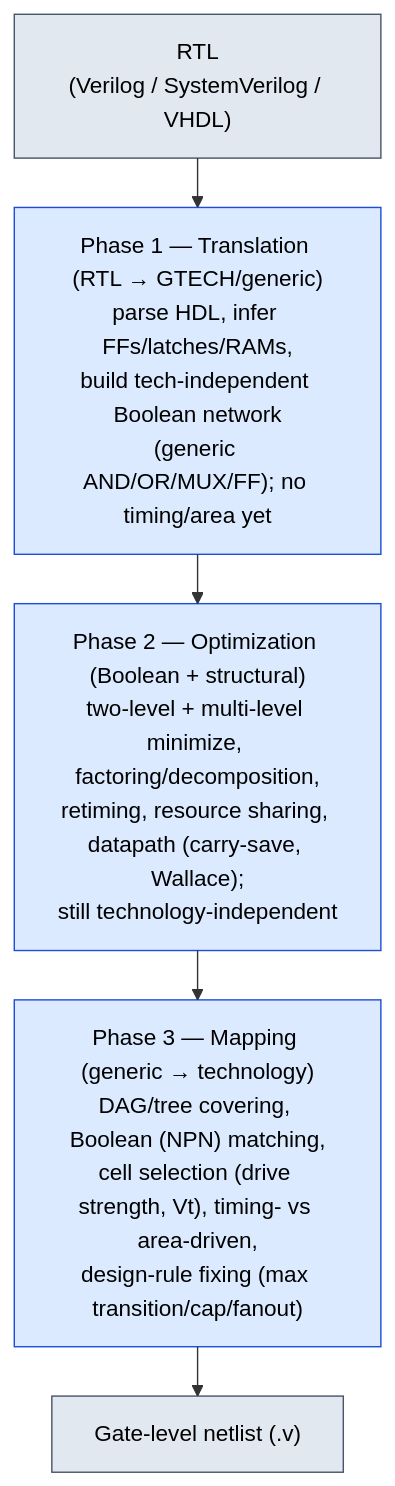
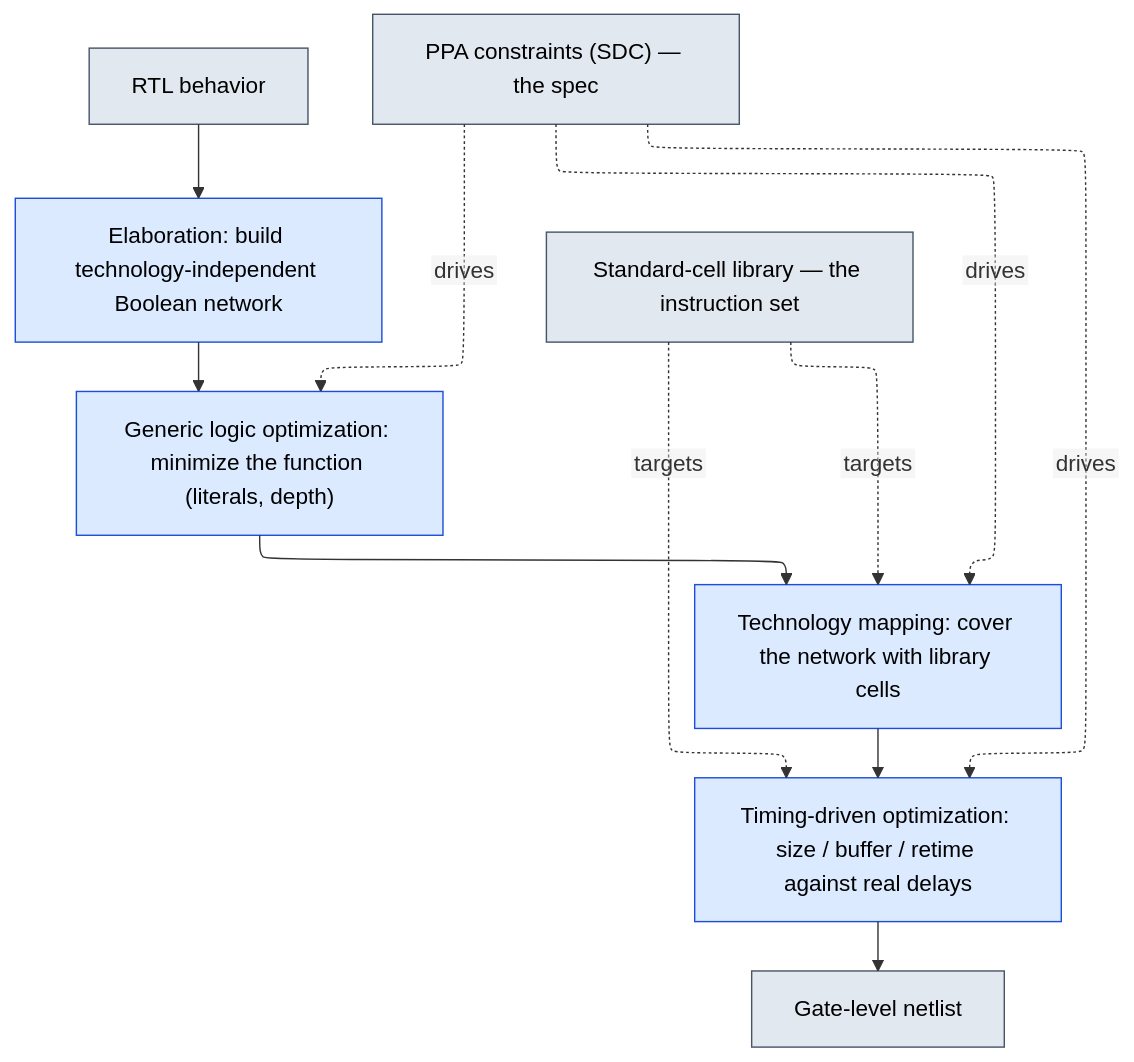
The diagram in 04_Synthesis/01_Synthesis_and_Optimization.md (Wty2003328/silicon-design-notebook), drawn with Mermaid before and after one commit. The commit also changed other lines of this file and 22 other files, not shown here.

Commit message:
Concept-first hard rework complete: all 48 architecture/design pages (trimmed signal dumps; added trade-off analysis + theoretical depth)

````diff
--- a/04_Synthesis/01_Synthesis_and_Optimization.md
+++ b/04_Synthesis/01_Synthesis_and_Optimization.md
@@ -25,13 +39,18 @@
 ```mermaid
-%%{init: {"flowchart": {"defaultRenderer": "elk", "nodeSpacing": 60, "rankSpacing": 60, "htmlLabels": false}}}%%
+%%{init: {"flowchart": {"defaultRenderer": "elk", "nodeSpacing": 55, "rankSpacing": 55, "htmlLabels": false}}}%%
 flowchart TD
-    RTL["RTL<br/>(Verilog / SystemVerilog / VHDL)"] --> P1
-    P1["Phase 1 — Translation (RTL → GTECH/generic)<br/>parse HDL, infer FFs/latches/RAMs,<br/>build tech-independent Boolean network<br/>(generic AND/OR/MUX/FF); no timing/area yet"]
-    P1 --> P2["Phase 2 — Optimization (Boolean + structural)<br/>two-level + multi-level minimize, factoring/decomposition,<br/>retiming, resource sharing, datapath (carry-save, Wallace);<br/>still technology-independent"]
-    P2 --> P3["Phase 3 — Mapping (generic → technology)<br/>DAG/tree covering, Boolean (NPN) matching,<br/>cell selection (drive strength, Vt), timing- vs area-driven,<br/>design-rule fixing (max transition/cap/fanout)"]
-    P3 --> GATE["Gate-level netlist (.v)"]
+    RTL["RTL behavior"] --> ELAB["Elaboration: build technology-independent Boolean network"]
+    ELAB --> OPT["Generic logic optimization: minimize the function (literals, depth)"]
+    OPT --> MAP["Technology mapping: cover the network with library cells"]
+    MAP --> TIME["Timing-driven optimization: size / buffer / retime against real delays"]
+    TIME --> NET["Gate-level netlist"]
+    SDC["PPA constraints (SDC) — the spec"] -. drives .-> OPT
+    SDC -. drives .-> MAP
+    SDC -. drives .-> TIME
+    LIB["Standard-cell library — the instruction set"] -. targets .-> MAP
+    LIB -. targets .-> TIME
     classDef io fill:#e2e8f0,stroke:#475569,color:#000
     classDef ph fill:#dbeafe,stroke:#1d4ed8,color:#000
-    class RTL,GATE io
-    class P1,P2,P3 ph
+    class RTL,NET,SDC,LIB io
+    class ELAB,OPT,MAP,TIME ph
 ```
````
